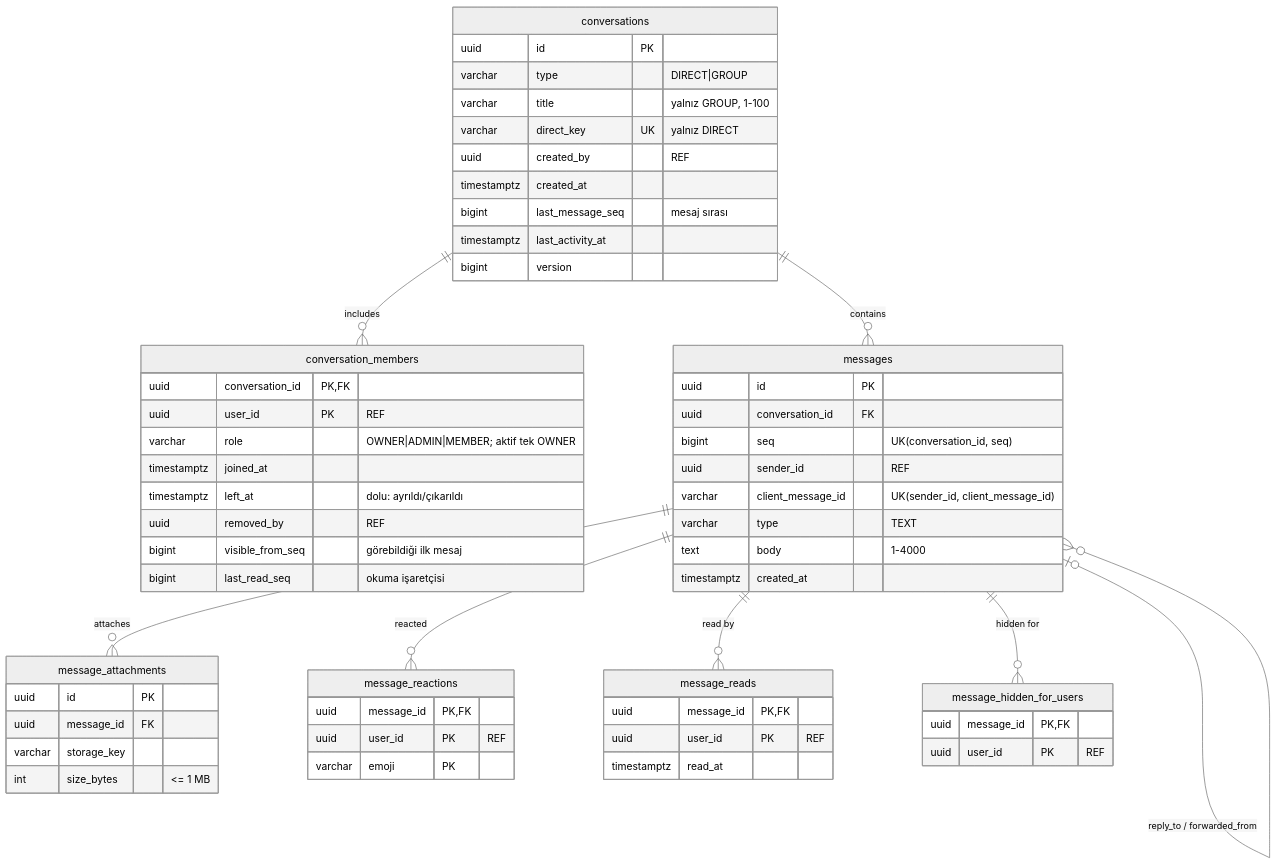
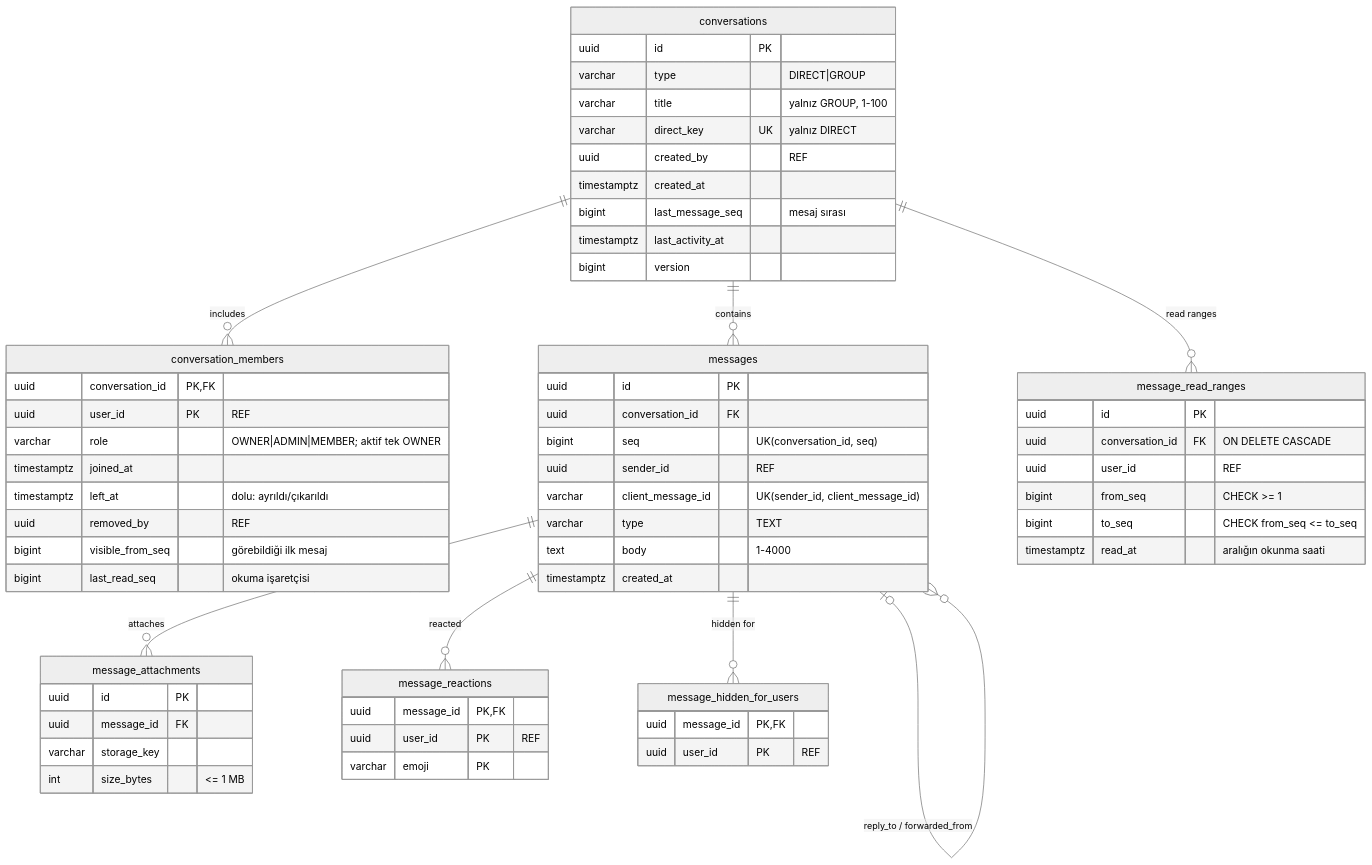
Before and after one commit to alperrte/lobbytwozero: diagram 12 of 29 in docs/er-diagram.md, drawn with Mermaid (neutral theme). The commit also changed 45 other files, not shown here.

````diff
--- a/docs/er-diagram.md
+++ b/docs/er-diagram.md
@@ -634,62 +634,65 @@
 ```mermaid
 erDiagram
   conversations ||--o{ conversation_members : includes
   conversations ||--o{ messages : contains
+  conversations ||--o{ message_read_ranges : "read ranges"
   messages ||--o{ message_attachments : attaches
   messages ||--o{ message_reactions : reacted
-  messages ||--o{ message_reads : "read by"
   messages ||--o{ message_hidden_for_users : "hidden for"
   messages |o--o{ messages : "reply_to / forwarded_from"
 
   conversations {
     uuid id PK
     varchar type "DIRECT|GROUP"
     varchar title "yalnız GROUP, 1-100"
     varchar direct_key UK "yalnız DIRECT"
     uuid created_by "REF"
     timestamptz created_at
     bigint last_message_seq "mesaj sırası"
     timestamptz last_activity_at
     bigint version
   }
   conversation_members {
     uuid conversation_id PK,FK
     uuid user_id PK "REF"
     varchar role "OWNER|ADMIN|MEMBER; aktif tek OWNER"
     timestamptz joined_at
     timestamptz left_at "dolu: ayrıldı/çıkarıldı"
     uuid removed_by "REF"
     bigint visible_from_seq "görebildiği ilk mesaj"
     bigint last_read_seq "okuma işaretçisi"
   }
   messages {
     uuid id PK
     uuid conversation_id FK
     bigint seq "UK(conversation_id, seq)"
     uuid sender_id "REF"
     varchar client_message_id "UK(sender_id, client_message_id)"
     varchar type "TEXT"
     text body "1-4000"
     timestamptz created_at
   }
   message_attachments {
     uuid id PK
     uuid message_id FK
     varchar storage_key
     int size_bytes "<= 1 MB"
   }
   message_reactions {
     uuid message_id PK,FK
     uuid user_id PK "REF"
     varchar emoji PK
   }
-  message_reads {
-    uuid message_id PK,FK
-    uuid user_id PK "REF"
-    timestamptz read_at
+  message_read_ranges {
+    uuid id PK
+    uuid conversation_id FK "ON DELETE CASCADE"
+    uuid user_id "REF"
+    bigint from_seq "CHECK >= 1"
+    bigint to_seq "CHECK from_seq <= to_seq"
+    timestamptz read_at "aralığın okunma saati"
   }
   message_hidden_for_users {
     uuid message_id PK,FK
     uuid user_id PK "REF"
   }
 ```
````
